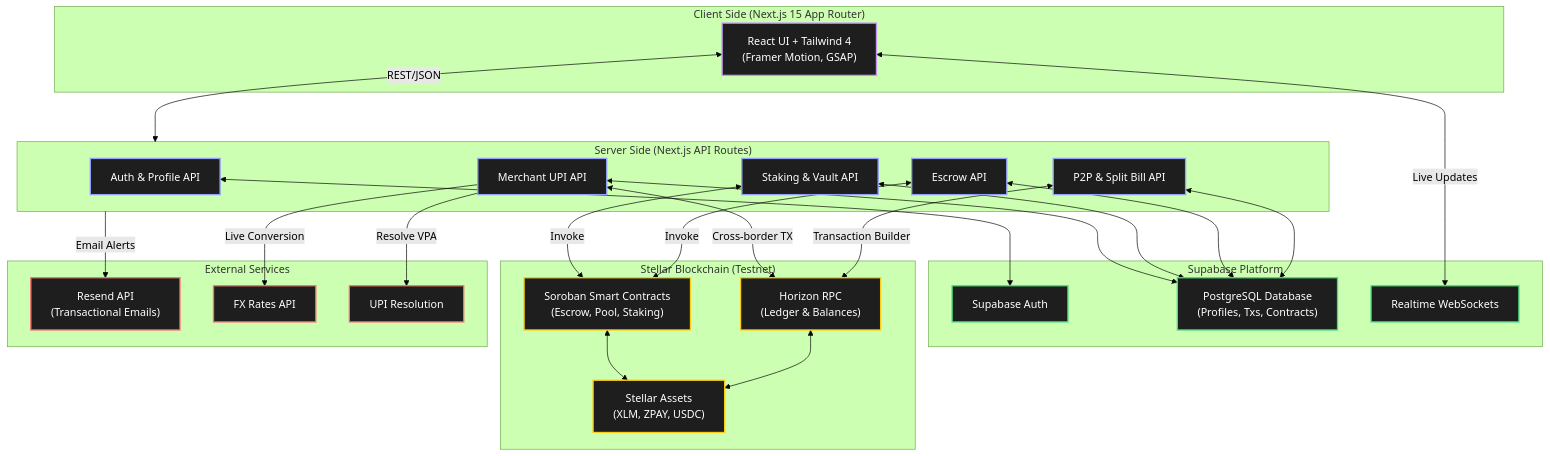
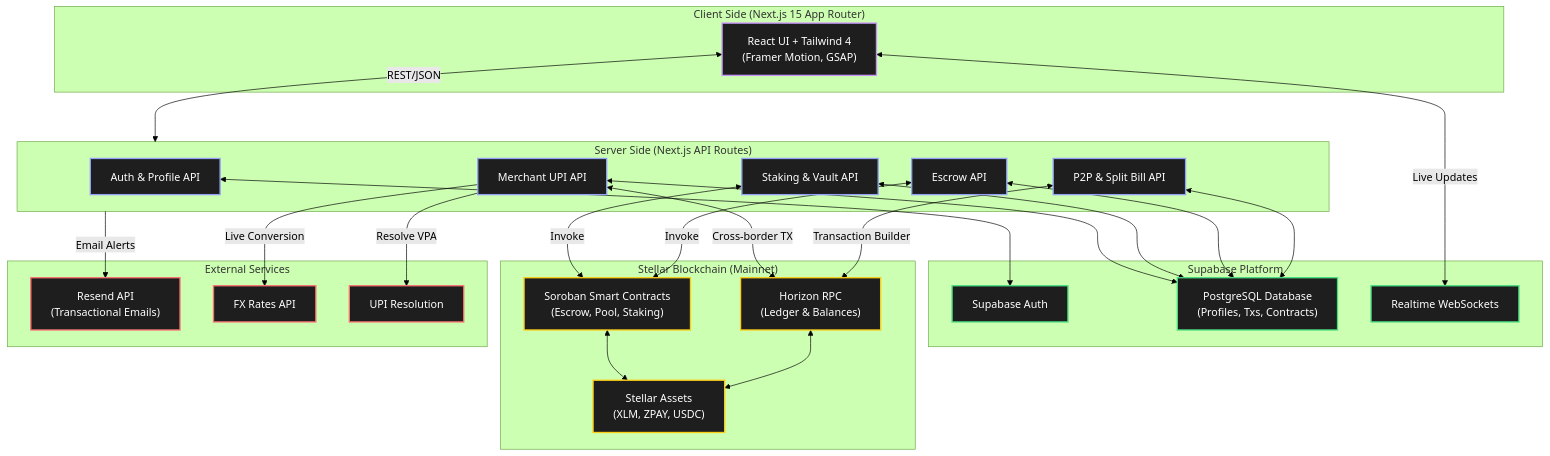
Before and after one commit to Div1912/Z-Pay: the diagram in README.md, drawn with Mermaid (forest theme). The commit also changed other lines of this file and 60 other files, not shown here.

````diff
--- a/README.md
+++ b/README.md
@@ -219,73 +219,73 @@
 ```mermaid
 graph TD
     %% Styling
     classDef frontend fill:#1e1e1e,stroke:#C694F9,stroke-width:2px,color:#fff,border-radius:8px;
     classDef backend fill:#1e1e1e,stroke:#94A1F9,stroke-width:2px,color:#fff,border-radius:8px;
     classDef db fill:#1e1e1e,stroke:#4ade80,stroke-width:2px,color:#fff,border-radius:8px;
     classDef blockchain fill:#1e1e1e,stroke:#facc15,stroke-width:2px,color:#fff,border-radius:8px;
     classDef external fill:#1e1e1e,stroke:#f87171,stroke-width:2px,color:#fff,border-radius:8px;
 
     %% Components
     subgraph Client ["Client Side (Next.js 15 App Router)"]
         UI["React UI + Tailwind 4<br/>(Framer Motion, GSAP)"]
     end
 
     subgraph Server ["Server Side (Next.js API Routes)"]
         AuthAPI["Auth & Profile API"]
         PaymentAPI["P2P & Split Bill API"]
         ContractAPI["Escrow API"]
         SavingsAPI["Staking & Vault API"]
         MerchantAPI["Merchant UPI API"]
     end
 
     subgraph Infrastructure ["Supabase Platform"]
         AuthDB["Supabase Auth"]
         PG["PostgreSQL Database<br/>(Profiles, Txs, Contracts)"]
         Realtime["Realtime WebSockets"]
     end
 
-    subgraph Stellar ["Stellar Blockchain (Testnet)"]
+    subgraph Stellar ["Stellar Blockchain (Mainnet)"]
         Horizon["Horizon RPC<br/>(Ledger & Balances)"]
         Soroban["Soroban Smart Contracts<br/>(Escrow, Pool, Staking)"]
         Asset["Stellar Assets<br/>(XLM, ZPAY, USDC)"]
     end
 
     subgraph External ["External Services"]
         Email["Resend API<br/>(Transactional Emails)"]
         FX["FX Rates API"]
         UPI["UPI Resolution"]
     end
 
     %% Client Interactions
     UI <-->|REST/JSON| Server
     UI <-->|Live Updates| Realtime
 
     %% Server Interactions with DB
     AuthAPI <--> AuthDB
     PaymentAPI <--> PG
     ContractAPI <--> PG
     SavingsAPI <--> PG
     MerchantAPI <--> PG
 
     %% Server Interactions with Blockchain
     PaymentAPI <-->|Transaction Builder| Horizon
     MerchantAPI <-->|Cross-border TX| Horizon
     ContractAPI <-->|Invoke| Soroban
     SavingsAPI <-->|Invoke| Soroban
 
     %% External
     Server -->|Email Alerts| Email
     MerchantAPI -->|Live Conversion| FX
     MerchantAPI -->|Resolve VPA| UPI
 
     %% Internal Blockchain
     Horizon <--> Asset
     Soroban <--> Asset
 
     %% Apply Styles
     class UI frontend;
     class AuthAPI,PaymentAPI,ContractAPI,SavingsAPI,MerchantAPI backend;
     class AuthDB,PG,Realtime db;
     class Horizon,Soroban,Asset blockchain;
     class Email,FX,UPI external;
 ```
````
